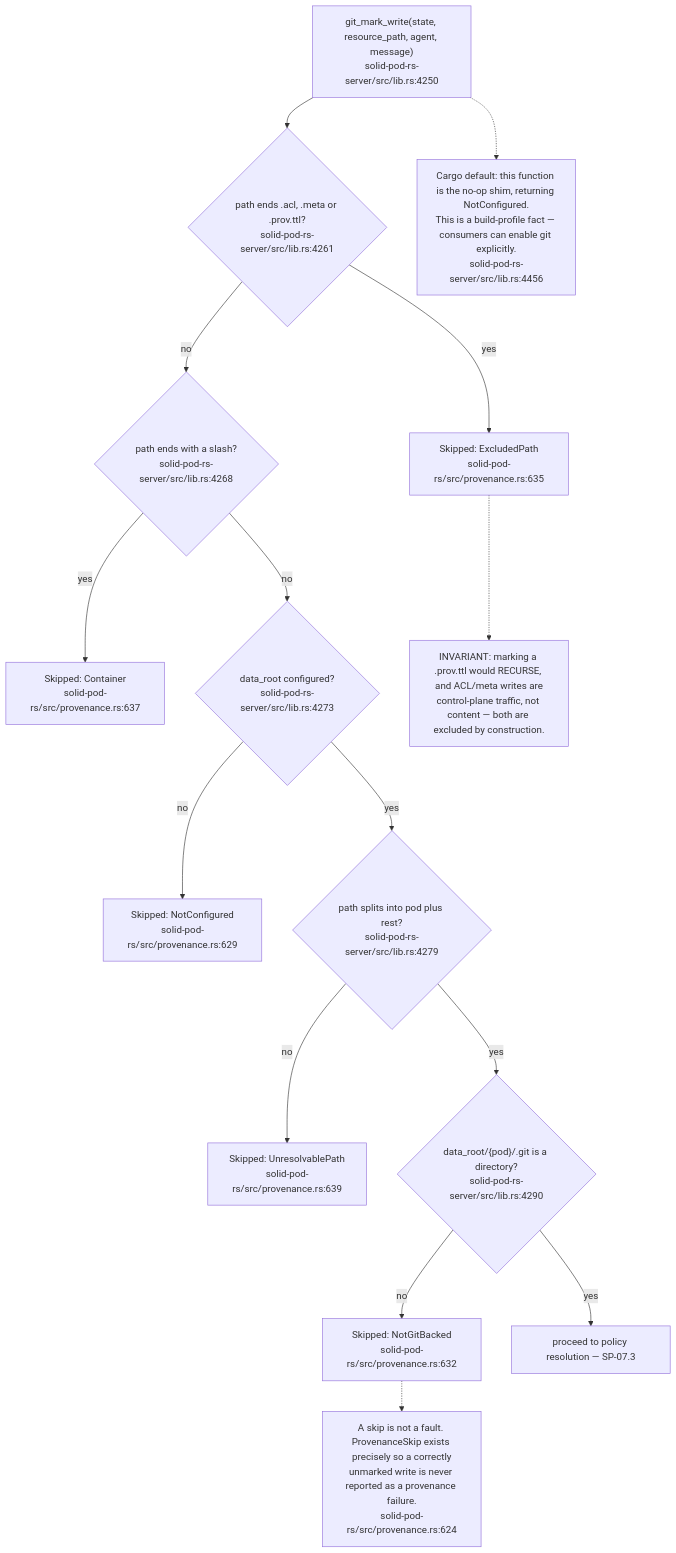
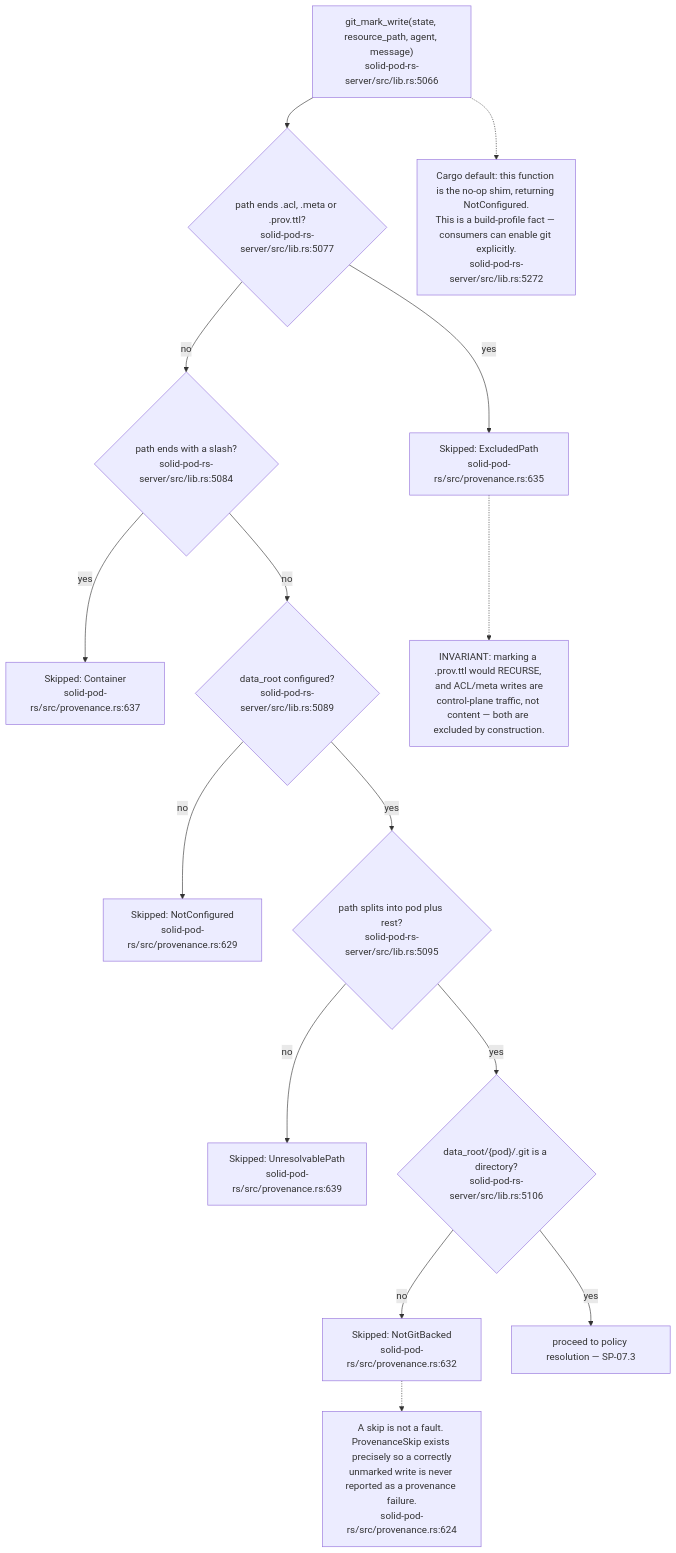
Before and after one commit to DreamLab-AI/VisionFlow: the second of 19 diagrams in docs/diagrams/solid-pod-rs/07-provenance-and-payments.md, drawn with Mermaid. The commit also changed other lines of this file and 2 other files, not shown here.

First line of the commit message:
docs(diagrams): SP-07, SP-10, SP-15 re-verified at solid-pod-rs a28a748

````diff
--- a/docs/diagrams/solid-pod-rs/07-provenance-and-payments.md
+++ b/docs/diagrams/solid-pod-rs/07-provenance-and-payments.md
@@ -52,34 +54,34 @@
 ```mermaid
 flowchart TD
-    IN["git_mark_write(state, resource_path, agent, message)<br/>solid-pod-rs-server/src/lib.rs:4250"]
-    SIDE{"path ends .acl, .meta or .prov.ttl?<br/>solid-pod-rs-server/src/lib.rs:4261"}
+    IN["git_mark_write(state, resource_path, agent, message)<br/>solid-pod-rs-server/src/lib.rs:5066"]
+    SIDE{"path ends .acl, .meta or .prov.ttl?<br/>solid-pod-rs-server/src/lib.rs:5077"}
     S1["Skipped: ExcludedPath<br/>solid-pod-rs/src/provenance.rs:635"]
-    CONT{"path ends with a slash?<br/>solid-pod-rs-server/src/lib.rs:4268"}
+    CONT{"path ends with a slash?<br/>solid-pod-rs-server/src/lib.rs:5084"}
     S2["Skipped: Container<br/>solid-pod-rs/src/provenance.rs:637"]
-    ROOT{"data_root configured?<br/>solid-pod-rs-server/src/lib.rs:4273"}
+    ROOT{"data_root configured?<br/>solid-pod-rs-server/src/lib.rs:5089"}
     S3["Skipped: NotConfigured<br/>solid-pod-rs/src/provenance.rs:629"]
-    SPLIT{"path splits into pod plus rest?<br/>solid-pod-rs-server/src/lib.rs:4279"}
+    SPLIT{"path splits into pod plus rest?<br/>solid-pod-rs-server/src/lib.rs:5095"}
     S4["Skipped: UnresolvablePath<br/>solid-pod-rs/src/provenance.rs:639"]
-    GITD{"data_root/{pod}/.git is a directory?<br/>solid-pod-rs-server/src/lib.rs:4290"}
+    GITD{"data_root/{pod}/.git is a directory?<br/>solid-pod-rs-server/src/lib.rs:5106"}
     S5["Skipped: NotGitBacked<br/>solid-pod-rs/src/provenance.rs:632"]
     GO["proceed to policy resolution — SP-07.3"]
 
     IN --> SIDE
     SIDE -- yes --> S1
     SIDE -- no --> CONT
     CONT -- yes --> S2
     CONT -- no --> ROOT
     ROOT -- no --> S3
     ROOT -- yes --> SPLIT
     SPLIT -- no --> S4
     SPLIT -- yes --> GITD
     GITD -- no --> S5
     GITD -- yes --> GO
 
     N["INVARIANT: marking a .prov.ttl would RECURSE, and ACL/meta writes are<br/>control-plane traffic, not content — both are excluded by construction."]
     S1 -.-> N
     N2["A skip is not a fault. ProvenanceSkip exists precisely so a correctly<br/>unmarked write is never reported as a provenance failure.<br/>solid-pod-rs/src/provenance.rs:624"]
     S5 -.-> N2
-    N3["Cargo default: this function is the no-op shim, returning NotConfigured.<br/>This is a build-profile fact — consumers can enable git explicitly.<br/>solid-pod-rs-server/src/lib.rs:4456"]
+    N3["Cargo default: this function is the no-op shim, returning NotConfigured.<br/>This is a build-profile fact — consumers can enable git explicitly.<br/>solid-pod-rs-server/src/lib.rs:5272"]
     IN -.-> N3
 ```
````
